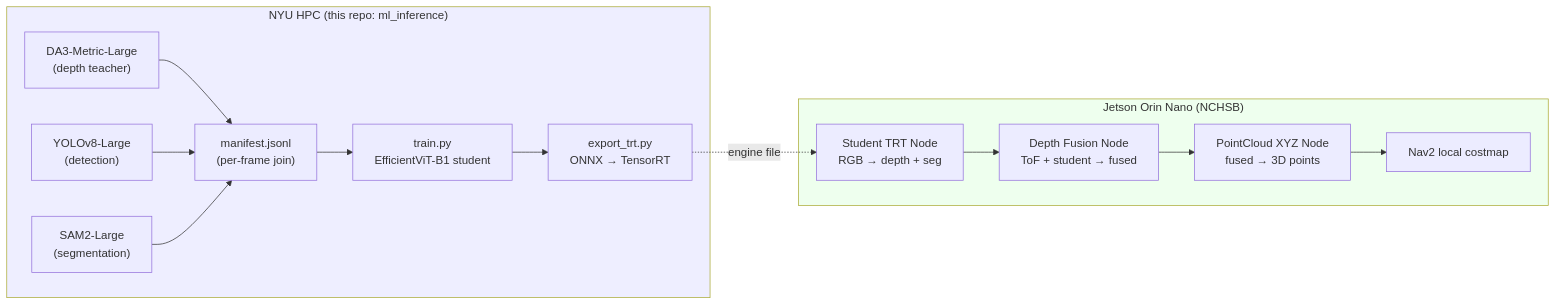
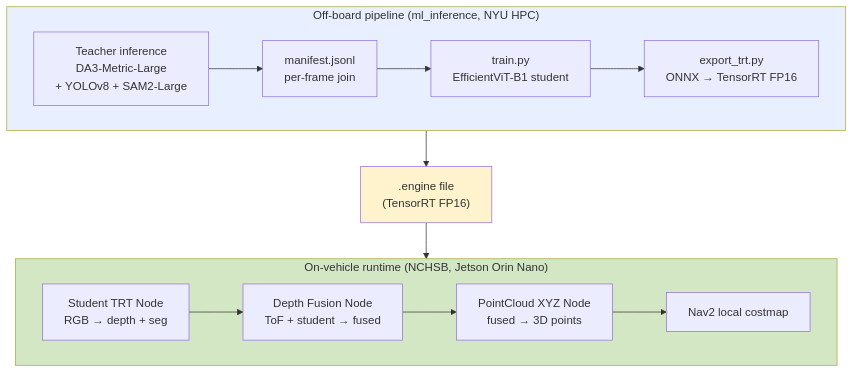
The first of 4 diagrams in docs/architecture.md (Nishant-ZFYII/ml_inference), drawn with Mermaid before and after one commit. The commit also changed other lines of this file and 6 other files, not shown here.

```diff
--- a/docs/architecture.md
+++ b/docs/architecture.md
@@ -16,30 +16,29 @@
 <div class="mermaid">
-flowchart LR
-    subgraph HPC["NYU HPC (this repo: ml_inference)"]
-        T1["DA3-Metric-Large<br/>(depth teacher)"]
-        T2["YOLOv8-Large<br/>(detection)"]
-        T3["SAM2-Large<br/>(segmentation)"]
-        M["manifest.jsonl<br/>(per-frame join)"]
+flowchart TB
+    subgraph HPC["Off-board pipeline (ml_inference, NYU HPC)"]
+        direction LR
+        T["Teacher inference<br/>DA3-Metric-Large<br/>+ YOLOv8 + SAM2-Large"]
+        M["manifest.jsonl<br/>per-frame join"]
         TR["train.py<br/>EfficientViT-B1 student"]
-        EX["export_trt.py<br/>ONNX → TensorRT"]
-        T1 --> M
-        T2 --> M
-        T3 --> M
-        M --> TR
-        TR --> EX
+        EX["export_trt.py<br/>ONNX → TensorRT FP16"]
+        T --> M --> TR --> EX
     end
 
-    subgraph Jetson["Jetson Orin Nano (NCHSB)"]
+    ARTIFACT[".engine file<br/>(TensorRT FP16)"]
+    EX --> ARTIFACT
+
+    subgraph JETSON["On-vehicle runtime (NCHSB, Jetson Orin Nano)"]
+        direction LR
         STN["Student TRT Node<br/>RGB → depth + seg"]
         DFN["Depth Fusion Node<br/>ToF + student → fused"]
         PCN["PointCloud XYZ Node<br/>fused → 3D points"]
         N2["Nav2 local costmap"]
-        STN --> DFN
-        DFN --> PCN
-        PCN --> N2
+        STN --> DFN --> PCN --> N2
     end
 
-    EX -.engine file.-> STN
-    style HPC fill:#eef
-    style Jetson fill:#efe
+    ARTIFACT --> STN
+
+    style HPC fill:#e8f0ff
+    style JETSON fill:#d4e7c5
+    style ARTIFACT fill:#fff3cd
 </div>
```
